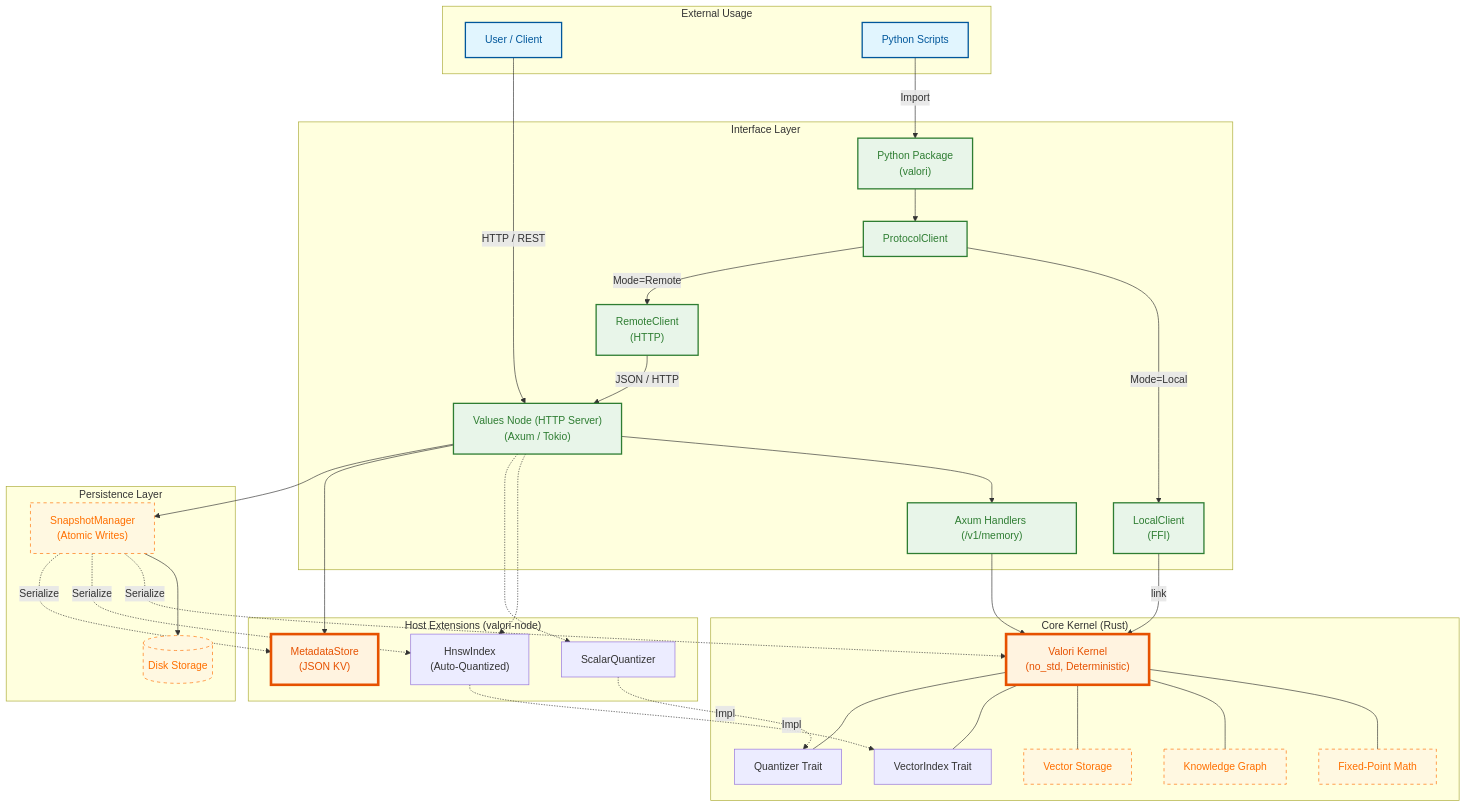
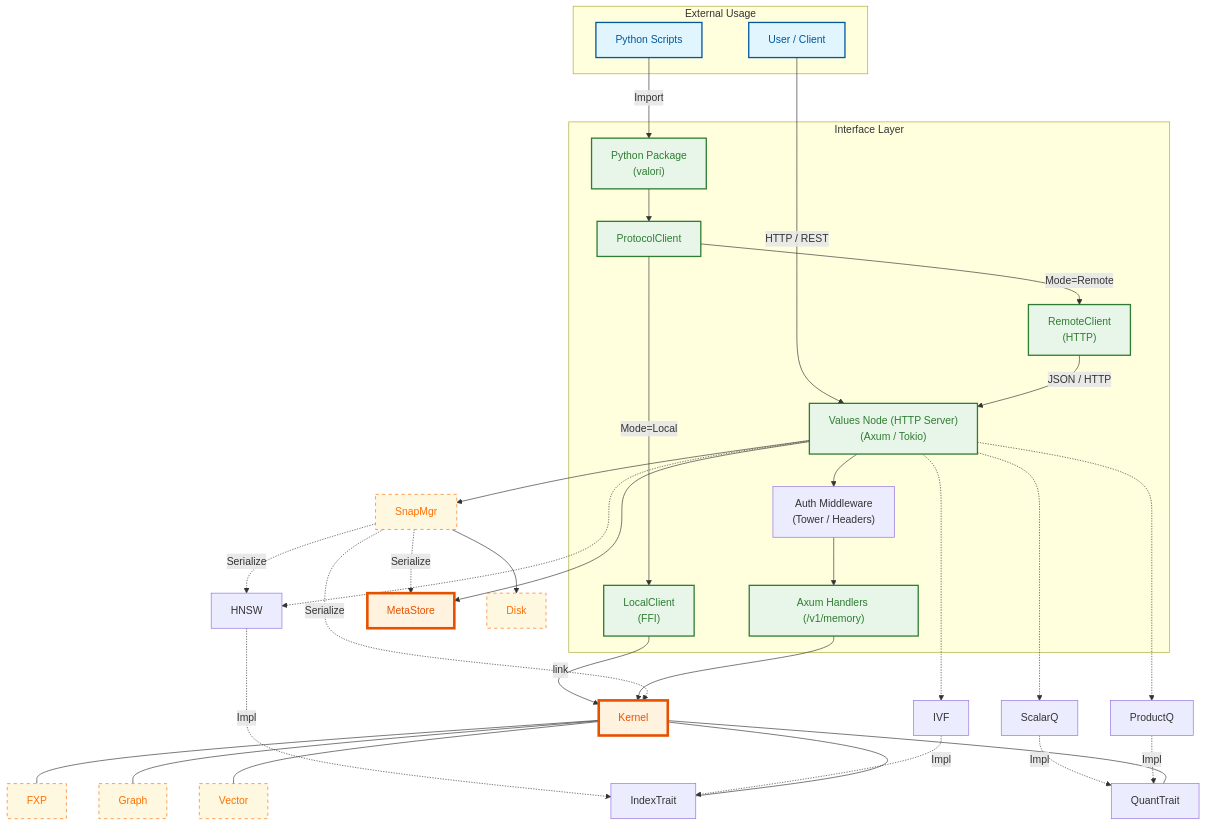
Before and after one commit to varshith-Git/Valori-Kernel: the diagram in architecture.md, drawn with Mermaid. The commit also changed other lines of this file and 34 other files, not shown here.

```diff
--- a/architecture.md
+++ b/architecture.md
@@ -21,6 +21,7 @@
 
     subgraph Interface["Interface Layer"]
         NodeService["Values Node (HTTP Server)<br/>(Axum / Tokio)"]
+        AuthMiddleware["Auth Middleware<br/>(Tower / Headers)"]
         PythonPkg["Python Package<br/>(valori)"]
         
         %% Protocol Components
@@ -30,32 +31,15 @@
         
         VMP_API["Axum Handlers (/v1/memory)"]
     end
-
-    subgraph Core["Core Kernel (Rust)"]
-        Kernel["Valori Kernel<br/>(no_std, Deterministic)"]
-        
-        FXP[Fixed-Point Math]
-        Graph[Knowledge Graph]
-        Vector[Vector Storage]
-        
-        %% Traits Interface
-        IndexTrait["VectorIndex Trait"]
-        QuantTrait["Quantizer Trait"]
-    end
-
-    subgraph Extensions["Host Extensions (valori-node)"]
-        HNSW["HnswIndex<br/>(Auto-Quantized)"]
-        ScalarQ["ScalarQuantizer"]
-        MetaStore["MetadataStore<br/>(JSON KV)"]
-    end
-
-    subgraph Persistence["Persistence Layer"]
-        SnapMgr["SnapshotManager<br/>(Atomic Writes)"]
-        Disk[(Disk Storage)]
-    end
+    
+    %% ... Core ...
 
     %% Relationships
     User -->|HTTP / REST| NodeService
+    
+    NodeService --> AuthMiddleware
+    AuthMiddleware --> VMP_API
+    
     PyScript -->|Import| PythonPkg
     
     PythonPkg --> Protocol
@@ -65,7 +49,6 @@
     Local -->|link| Kernel
     Remote -->|JSON / HTTP| NodeService
     
-    NodeService --> VMP_API
     VMP_API --> Kernel
 
     Kernel --- FXP
@@ -74,8 +57,12 @@
     
     NodeService -.-> HNSW
     HNSW -.->|Impl| IndexTrait
+    NodeService -.-> IVF
+    IVF -.->|Impl| IndexTrait
     NodeService -.-> ScalarQ
     ScalarQ -.->|Impl| QuantTrait
+    NodeService -.-> ProductQ
+    ProductQ -.->|Impl| QuantTrait
     NodeService --> MetaStore
     
     NodeService --> SnapMgr
```
